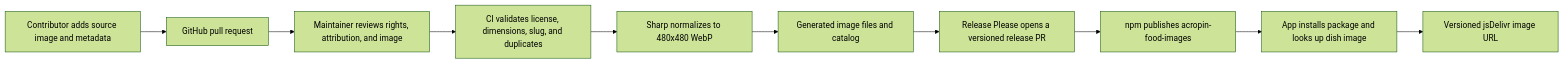
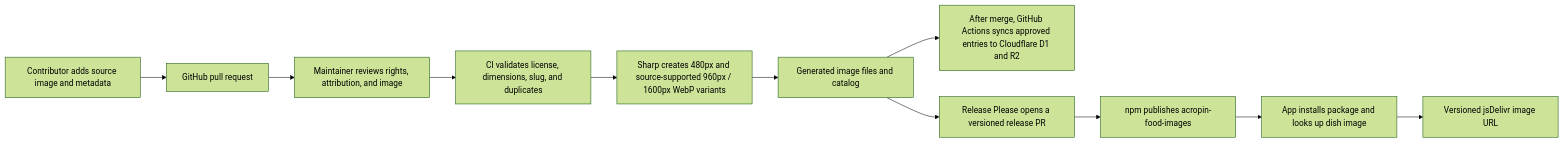
The diagram in packages/food-images/README.md (Acropin/Acropin-SharpVips), drawn with Mermaid (forest theme) before and after one commit. The commit also changed other lines of this file and 23 other files, not shown here.

````diff
--- a/packages/food-images/README.md
+++ b/packages/food-images/README.md
@@ -36,12 +61,13 @@
 ```mermaid
 flowchart LR
   C[Contributor adds source image and metadata] --> PR[GitHub pull request]
   PR --> R[Maintainer reviews rights, attribution, and image]
   R --> V[CI validates license, dimensions, slug, and duplicates]
-  V --> P[Sharp normalizes to 480x480 WebP]
+  V --> P[Sharp creates 480px and source-supported 960px / 1600px WebP variants]
   P --> M[Generated image files and catalog]
+  M --> CF[After merge, GitHub Actions syncs approved entries to Cloudflare D1 and R2]
   M --> RP[Release Please opens a versioned release PR]
   RP --> N[npm publishes acropin-food-images]
   N --> U[App installs package and looks up dish image]
   U --> CDN[Versioned jsDelivr image URL]
 ```
````
